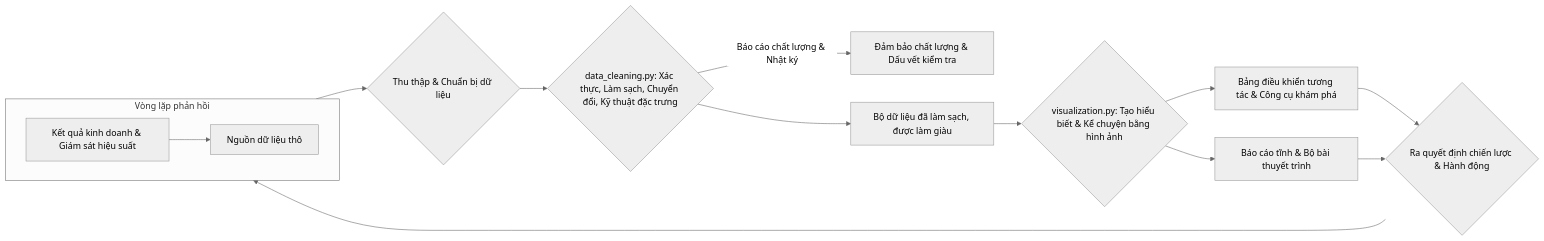
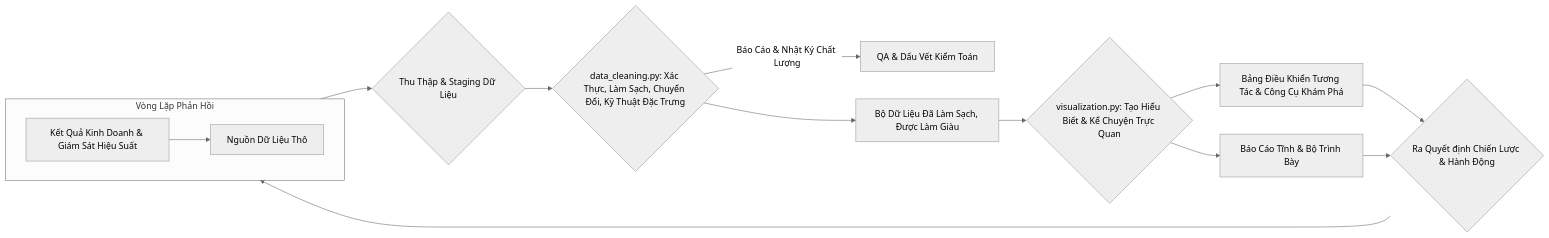
The diagram in data_processing_vn.md (ShayNeeo/confess-crush), drawn with Mermaid (neutral theme) before and after one commit. The commit also changed other lines of this file, not shown here.

````diff
--- a/data_processing_vn.md
+++ b/data_processing_vn.md
@@ -256,18 +284,18 @@
 ```mermaid
 flowchart LR
-    A[Nguồn dữ liệu thô] --> B{Thu thập & Chuẩn bị dữ liệu};
-    B --> C{data_cleaning.py: Xác thực, Làm sạch, Chuyển đổi, Kỹ thuật đặc trưng};
-    C --> |Báo cáo chất lượng & Nhật ký| QA[Đảm bảo chất lượng & Dấu vết kiểm tra];
-    C --> D[Bộ dữ liệu đã làm sạch, được làm giàu];
-    D --> E{visualization.py: Tạo hiểu biết & Kể chuyện bằng hình ảnh};
-    E --> F[Bảng điều khiển tương tác & Công cụ khám phá];
-    E --> G[Báo cáo tĩnh & Bộ bài thuyết trình];
-    F --> H{Ra quyết định chiến lược & Hành động};
+    A[Nguồn Dữ Liệu Thô] --> B{Thu Thập & Staging Dữ Liệu};
+    B --> C{data_cleaning.py: Xác Thực, Làm Sạch, Chuyển Đổi, Kỹ Thuật Đặc Trưng};
+    C --> |Báo Cáo & Nhật Ký Chất Lượng| QA[QA & Dấu Vết Kiểm Toán];
+    C --> D[Bộ Dữ Liệu Đã Làm Sạch, Được Làm Giàu];
+    D --> E{visualization.py: Tạo Hiểu Biết & Kể Chuyện Trực Quan};
+    E --> F[Bảng Điều Khiển Tương Tác & Công Cụ Khám Phá];
+    E --> G[Báo Cáo Tĩnh & Bộ Trình Bày];
+    F --> H{Ra Quyết định Chiến Lược & Hành Động};
     G --> H;
-    H --> I[Kết quả kinh doanh & Giám sát hiệu suất];
-    I --> A; subgraph Vòng lặp phản hồi
+    H --> I[Kết Quả Kinh Doanh & Giám Sát Hiệu Suất];
+    I --> A; subgraph Vòng Lặp Phản Hồi
     direction LR
     I
     A
     end
 ```
````
